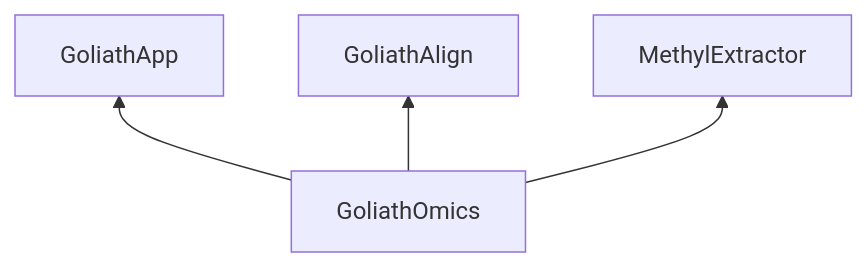
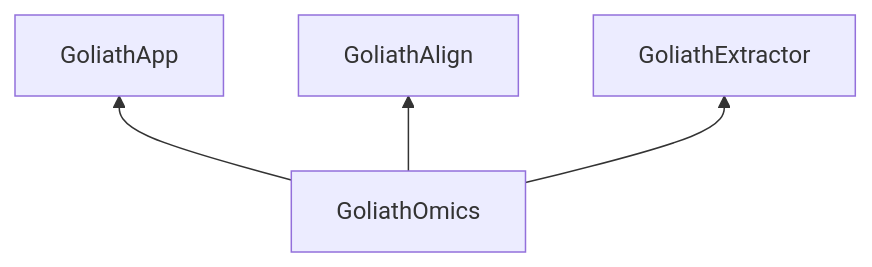
The diagram in docs/architecture/dependencies.md (Goliath-Research/GoliathOmics), drawn with Mermaid before and after one commit. The commit also changed other lines of this file and 41 other files, not shown here.

First line of the commit message:
Rename MethylExtractor integration to GoliathExtractor (#69)

````diff
--- a/docs/architecture/dependencies.md
+++ b/docs/architecture/dependencies.md
@@ -5,10 +5,10 @@
 ```mermaid
 flowchart BT
   omics["GoliathOmics"]
   app["GoliathApp"]
   align["GoliathAlign"]
-  extract["MethylExtractor"]
+  extract["GoliathExtractor"]
   omics --> app
   omics --> align
   omics --> extract
 ```
````
